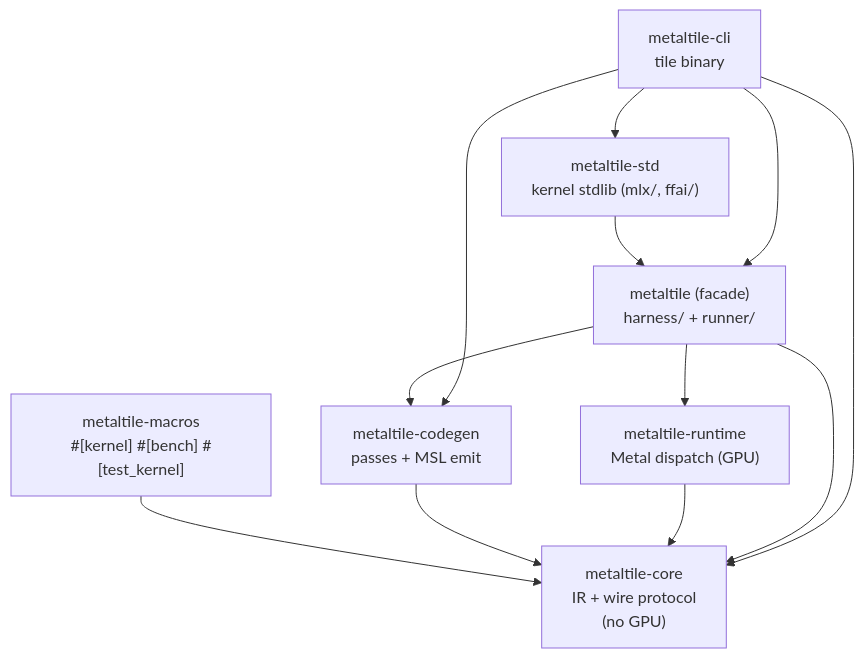
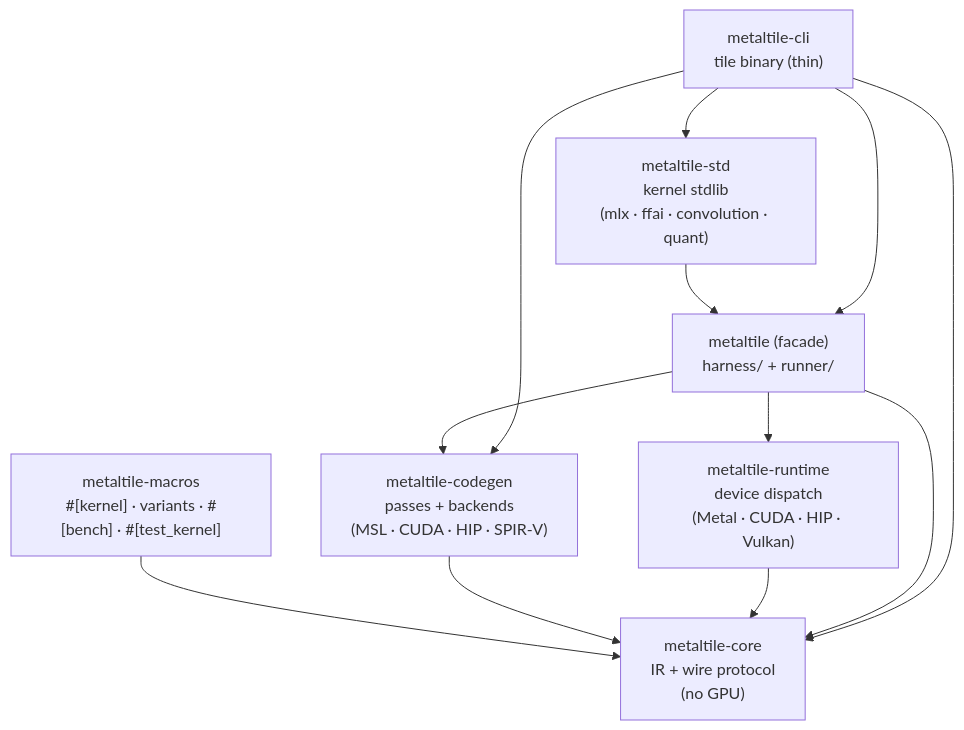
One commit to 0xClandestine/metaltile changed the first of 6 diagrams in docs/specs/ARCHITECTURE.md. Above: the diagram before and after it, drawn with Mermaid. The commit also changed other lines of this file, not shown here.

First line of the commit message:
docs(arch): update ARCHITECTURE.md to the current codebase

````diff
--- a/docs/specs/ARCHITECTURE.md
+++ b/docs/specs/ARCHITECTURE.md
@@ -21,22 +30,22 @@
 ```mermaid
 flowchart TD
-    macros["metaltile-macros<br/>#[kernel] #[bench] #[test_kernel]"]
+    macros["metaltile-macros<br/>#[kernel] · variants · #[bench] · #[test_kernel]"]
     core["metaltile-core<br/>IR + wire protocol<br/>(no GPU)"]
-    codegen["metaltile-codegen<br/>passes + MSL emit"]
-    runtime["metaltile-runtime<br/>Metal dispatch (GPU)"]
+    codegen["metaltile-codegen<br/>passes + backends<br/>(MSL · CUDA · HIP · SPIR-V)"]
+    runtime["metaltile-runtime<br/>device dispatch<br/>(Metal · CUDA · HIP · Vulkan)"]
     facade["metaltile (facade)<br/>harness/ + runner/"]
-    std["metaltile-std<br/>kernel stdlib (mlx/, ffai/)"]
-    cli["metaltile-cli<br/>tile binary"]
+    std["metaltile-std<br/>kernel stdlib<br/>(mlx · ffai · convolution · quant)"]
+    cli["metaltile-cli<br/>tile binary (thin)"]
 
     macros --> core
     codegen --> core
     runtime --> core
     facade --> core
     facade --> codegen
     facade --> runtime
     std --> facade
     cli --> facade
     cli --> codegen
     cli --> std
     cli --> core
 ```
````
